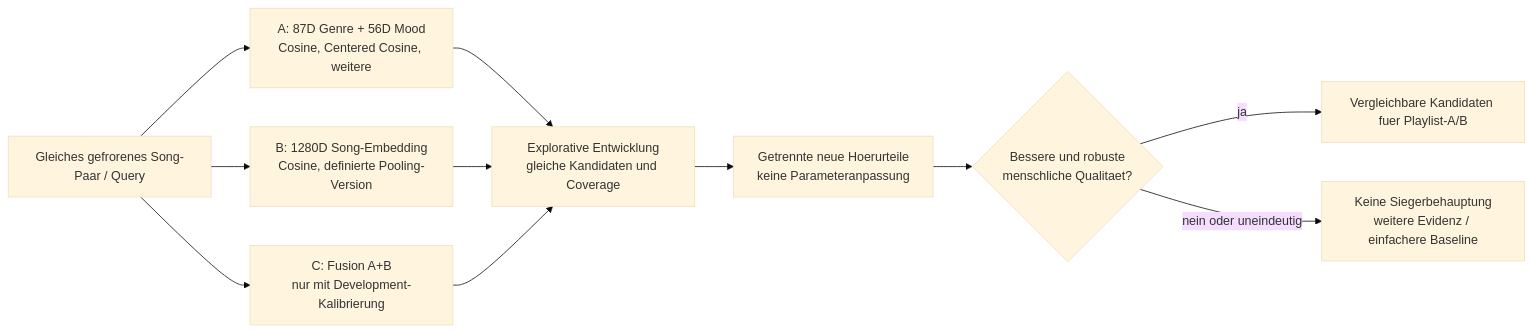
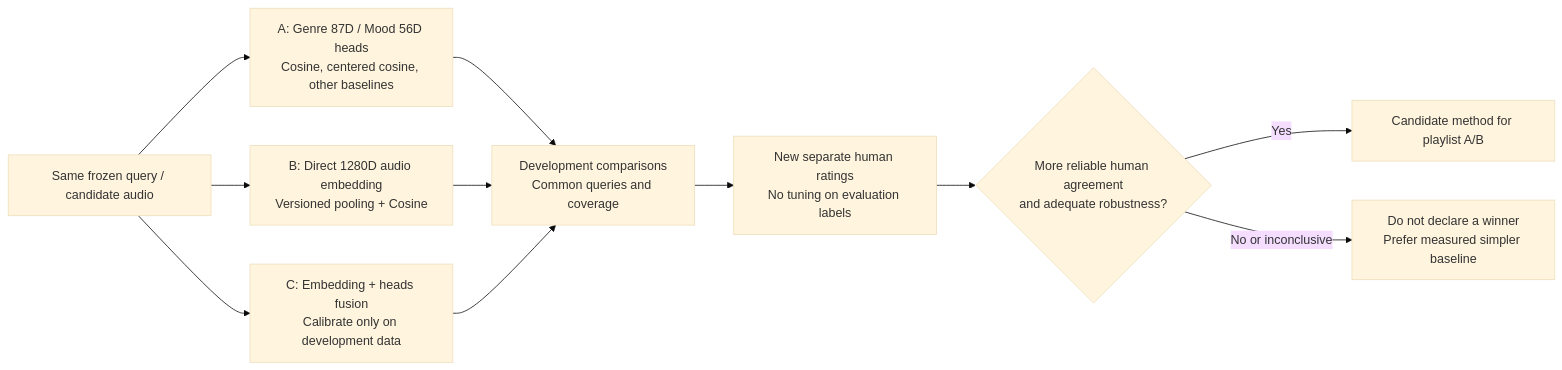
Before and after one commit to chrober/bliss-mood-poc: the third of 4 diagrams in docs/similarity-lyrion-roadmap.md, drawn with Mermaid (base theme). The commit also changed other lines of this file, not shown here.

Commit message:
docs: rewrite complete phase 0-6 Mermaid roadmap in English and mark phase 0 partially verified

````diff
--- a/docs/similarity-lyrion-roadmap.md
+++ b/docs/similarity-lyrion-roadmap.md
@@ -227,19 +212,18 @@
 ```mermaid
 flowchart LR
-    INPUT["Gleiches gefrorenes Song-Paar / Query"]
-    A["A: 87D Genre + 56D Mood<br/>Cosine, Centered Cosine, weitere"]
-    B["B: 1280D Song-Embedding<br/>Cosine, definierte Pooling-Version"]
-    C["C: Fusion A+B<br/>nur mit Development-Kalibrierung"]
-    DEV["Explorative Entwicklung<br/>gleiche Kandidaten und Coverage"]
-    TEST["Getrennte neue Hoerurteile<br/>keine Parameteranpassung"]
-    GATE{"Bessere und robuste<br/>menschliche Qualitaet?"}
-    YES["Vergleichbare Kandidaten fuer Playlist-A/B"]
-    NO["Keine Siegerbehauptung<br/>weitere Evidenz / einfachere Baseline"]
-
-    INPUT --> A --> DEV
-    INPUT --> B --> DEV
-    INPUT --> C --> DEV
+    Q["Same frozen query / candidate audio"]
+    A["A: Genre 87D / Mood 56D heads<br/>Cosine, centered cosine, other baselines"]
+    B["B: Direct 1280D audio embedding<br/>Versioned pooling + Cosine"]
+    C["C: Embedding + heads fusion<br/>Calibrate only on development data"]
+    DEV["Development comparisons<br/>Common queries and coverage"]
+    TEST["New separate human ratings<br/>No tuning on evaluation labels"]
+    GATE{"More reliable human agreement<br/>and adequate robustness?"}
+    NEXT["Candidate method for playlist A/B"]
+    MORE["Do not declare a winner<br/>Prefer measured simpler baseline"]
+    Q --> A --> DEV
+    Q --> B --> DEV
+    Q --> C --> DEV
     DEV --> TEST --> GATE
-    GATE -->|ja| YES
-    GATE -->|nein oder uneindeutig| NO
+    GATE -->|Yes| NEXT
+    GATE -->|No or inconclusive| MORE
 ```
````
